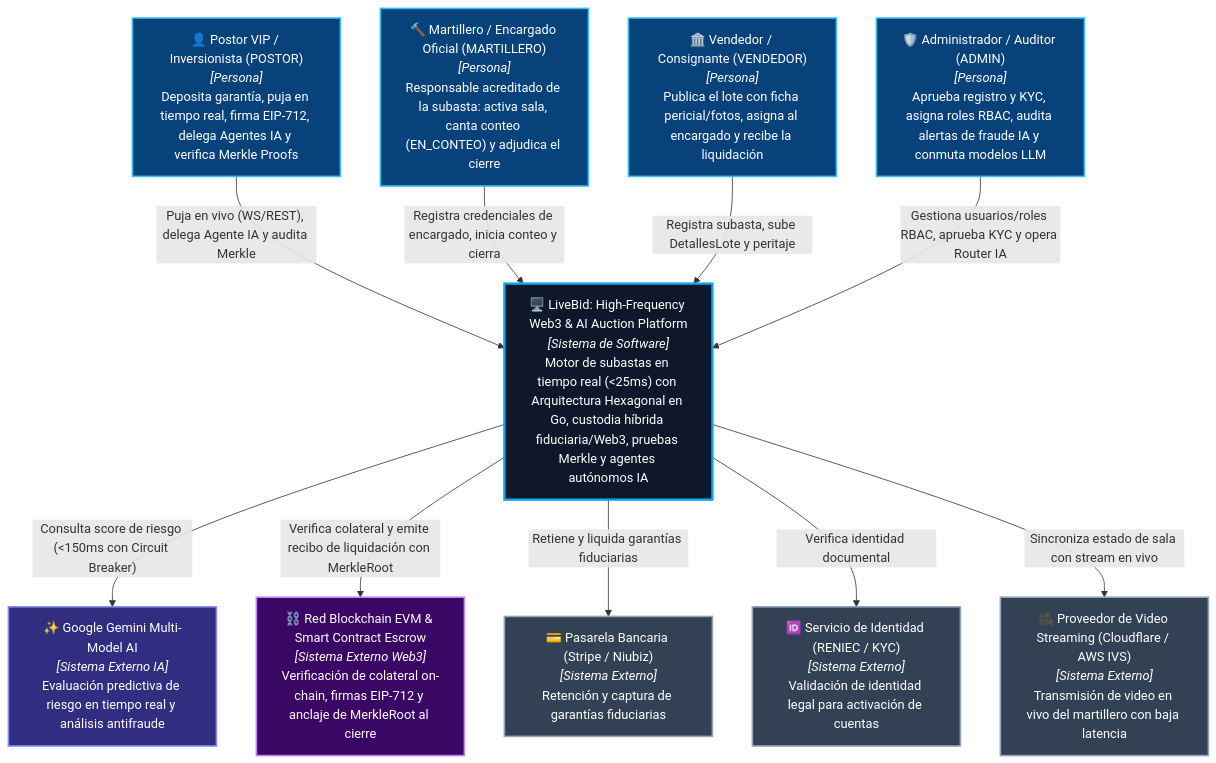
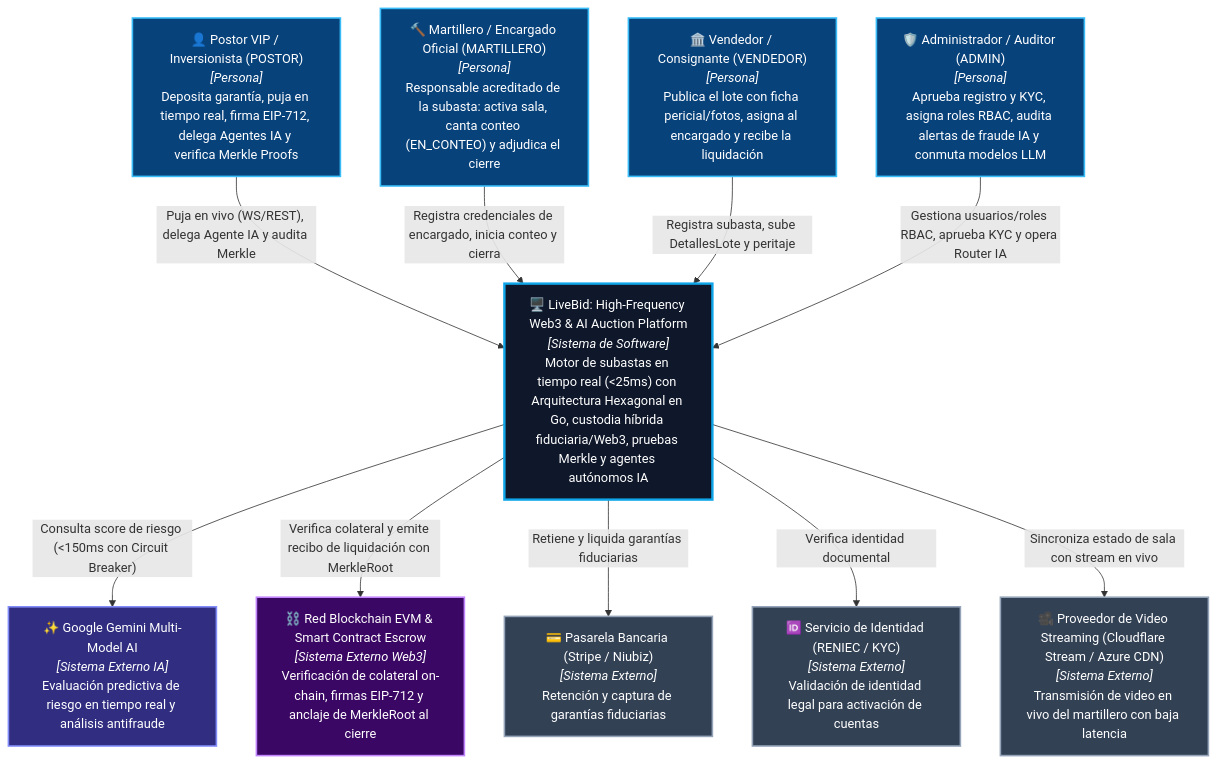
The diagram in docs/04-modelo-c4/Nivel1-DiagramadeContextodelSistema.md (fxrl01/PlataformaSubastas-arquitSoft-02-Fernando), drawn with Mermaid before and after one commit. The commit also changed 13 other files, not shown here.

Commit message:
docs(arch,azure): migrar analisis, arquitectura, C4 y spec 016 a Microsoft Azure y Cloudflare

````diff
--- a/docs/04-modelo-c4/Nivel1-DiagramadeContextodelSistema.md
+++ b/docs/04-modelo-c4/Nivel1-DiagramadeContextodelSistema.md
@@ -17,32 +17,32 @@
 ```mermaid
 graph TD
     classDef person fill:#08427B,stroke:#38BDF8,color:#ffffff,stroke-width:2px;
     classDef system fill:#0F172A,stroke:#0EA5E9,color:#ffffff,stroke-width:3px;
     classDef external fill:#334155,stroke:#94A3B8,color:#ffffff,stroke-width:2px;
     classDef web3 fill:#3B0764,stroke:#C084FC,color:#ffffff,stroke-width:2px;
     classDef ai fill:#312E81,stroke:#818CF8,color:#ffffff,stroke-width:2px;
 
     Pujador["👤 Postor VIP / Inversionista (POSTOR)<br><i>[Persona]</i><br>Deposita garantía, puja en tiempo real, firma EIP-712, delega Agentes IA y verifica Merkle Proofs"]:::person
     Martillero["🔨 Martillero / Encargado Oficial (MARTILLERO)<br><i>[Persona]</i><br>Responsable acreditado de la subasta: activa sala, canta conteo (EN_CONTEO) y adjudica el cierre"]:::person
     Vendedor["🏛️ Vendedor / Consignante (VENDEDOR)<br><i>[Persona]</i><br>Publica el lote con ficha pericial/fotos, asigna al encargado y recibe la liquidación"]:::person
     Admin["🛡️ Administrador / Auditor (ADMIN)<br><i>[Persona]</i><br>Aprueba registro y KYC, asigna roles RBAC, audita alertas de fraude IA y conmuta modelos LLM"]:::person
 
     LiveBid["🖥️ LiveBid: High-Frequency Web3 & AI Auction Platform<br><i>[Sistema de Software]</i><br>Motor de subastas en tiempo real (<25ms) con Arquitectura Hexagonal en Go, custodia híbrida fiduciaria/Web3, pruebas Merkle y agentes autónomos IA"]:::system
 
     GeminiAI["✨ Google Gemini Multi-Model AI<br><i>[Sistema Externo IA]</i><br>Evaluación predictiva de riesgo en tiempo real y análisis antifraude"]:::ai
     EVMChain["⛓️ Red Blockchain EVM & Smart Contract Escrow<br><i>[Sistema Externo Web3]</i><br>Verificación de colateral on-chain, firmas EIP-712 y anclaje de MerkleRoot al cierre"]:::web3
     Pasarela["💳 Pasarela Bancaria (Stripe / Niubiz)<br><i>[Sistema Externo]</i><br>Retención y captura de garantías fiduciarias"]:::external
     KYC["🆔 Servicio de Identidad (RENIEC / KYC)<br><i>[Sistema Externo]</i><br>Validación de identidad legal para activación de cuentas"]:::external
-    VideoLive["🎥 Proveedor de Video Streaming (Cloudflare / AWS IVS)<br><i>[Sistema Externo]</i><br>Transmisión de video en vivo del martillero con baja latencia"]:::external
+    VideoLive["🎥 Proveedor de Video Streaming (Cloudflare Stream / Azure CDN)<br><i>[Sistema Externo]</i><br>Transmisión de video en vivo del martillero con baja latencia"]:::external
 
     Pujador -->|"Puja en vivo (WS/REST), delega Agente IA y audita Merkle"| LiveBid
     Martillero -->|"Registra credenciales de encargado, inicia conteo y cierra"| LiveBid
     Vendedor -->|"Registra subasta, sube DetallesLote y peritaje"| LiveBid
     Admin -->|"Gestiona usuarios/roles RBAC, aprueba KYC y opera Router IA"| LiveBid
 
     LiveBid -->|"Consulta score de riesgo (<150ms con Circuit Breaker)"| GeminiAI
     LiveBid -->|"Verifica colateral y emite recibo de liquidación con MerkleRoot"| EVMChain
     LiveBid -->|"Retiene y liquida garantías fiduciarias"| Pasarela
     LiveBid -->|"Verifica identidad documental"| KYC
     LiveBid -->|"Sincroniza estado de sala con stream en vivo"| VideoLive
 ```
````
